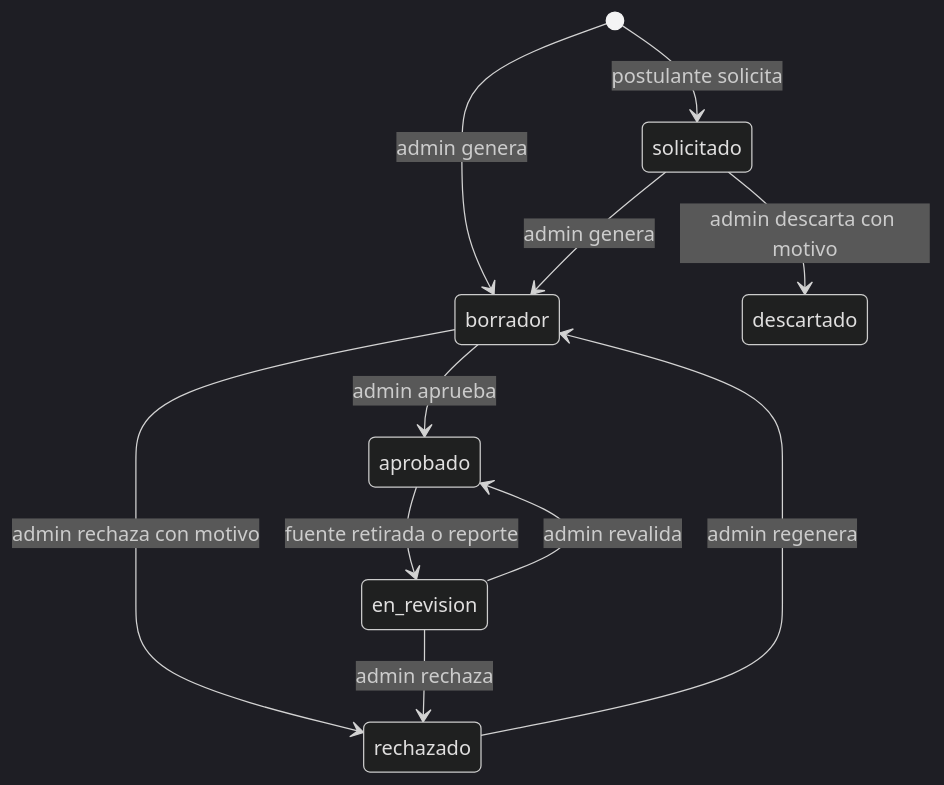
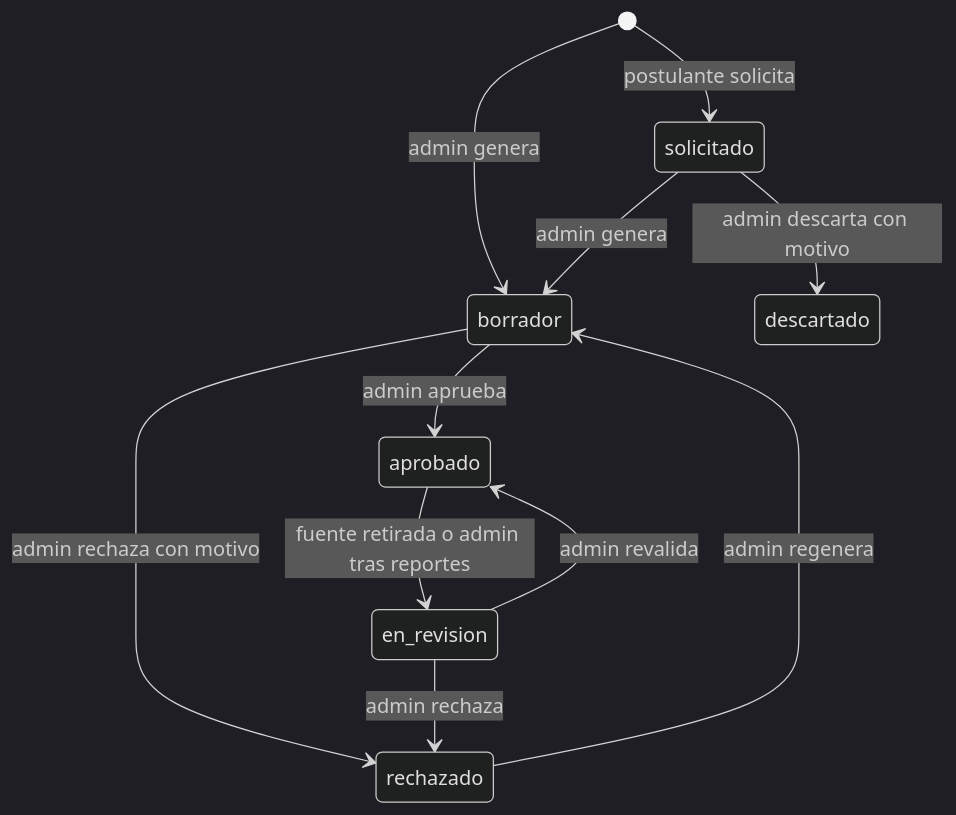
One commit to bacsystem/learning changed the diagram in docs/stories/serums-ia/E6-06-generacion-material.md. Above: the diagram before and after it, drawn with Mermaid (dark theme). The commit also changed 11 other files, not shown here.

````diff
--- a/docs/stories/serums-ia/E6-06-generacion-material.md
+++ b/docs/stories/serums-ia/E6-06-generacion-material.md
@@ -19,13 +19,13 @@
 ```mermaid
 stateDiagram-v2
   [*] --> solicitado: postulante solicita
   [*] --> borrador: admin genera
   solicitado --> borrador: admin genera
   solicitado --> descartado: admin descarta con motivo
   borrador --> aprobado: admin aprueba
   borrador --> rechazado: admin rechaza con motivo
-  aprobado --> en_revision: fuente retirada o reporte
+  aprobado --> en_revision: fuente retirada o admin tras reportes
   en_revision --> aprobado: admin revalida
   en_revision --> rechazado: admin rechaza
   rechazado --> borrador: admin regenera
 ```
````
